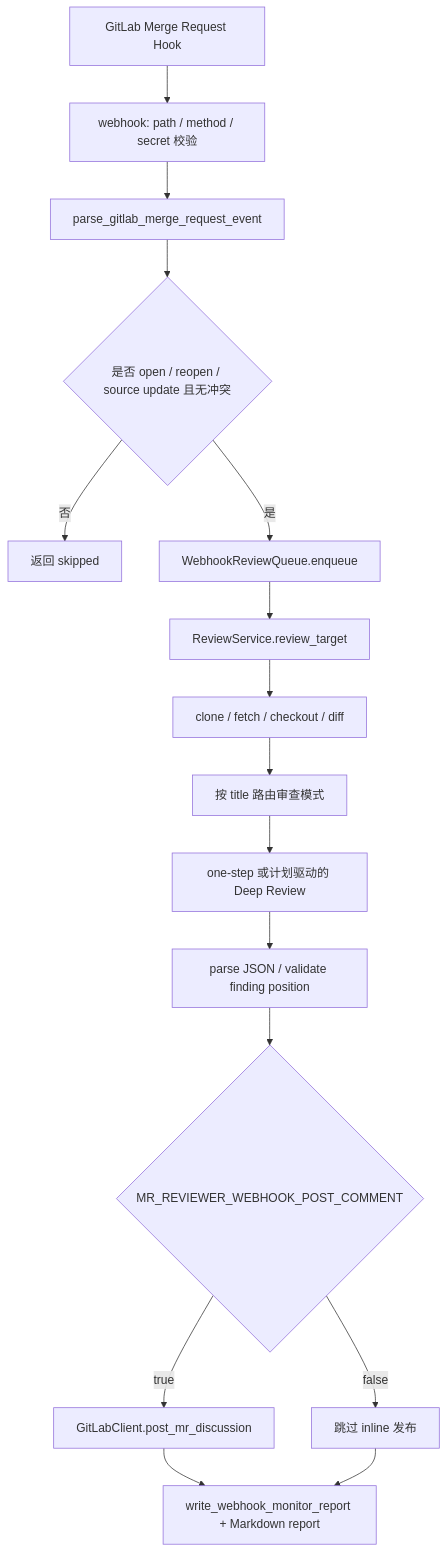
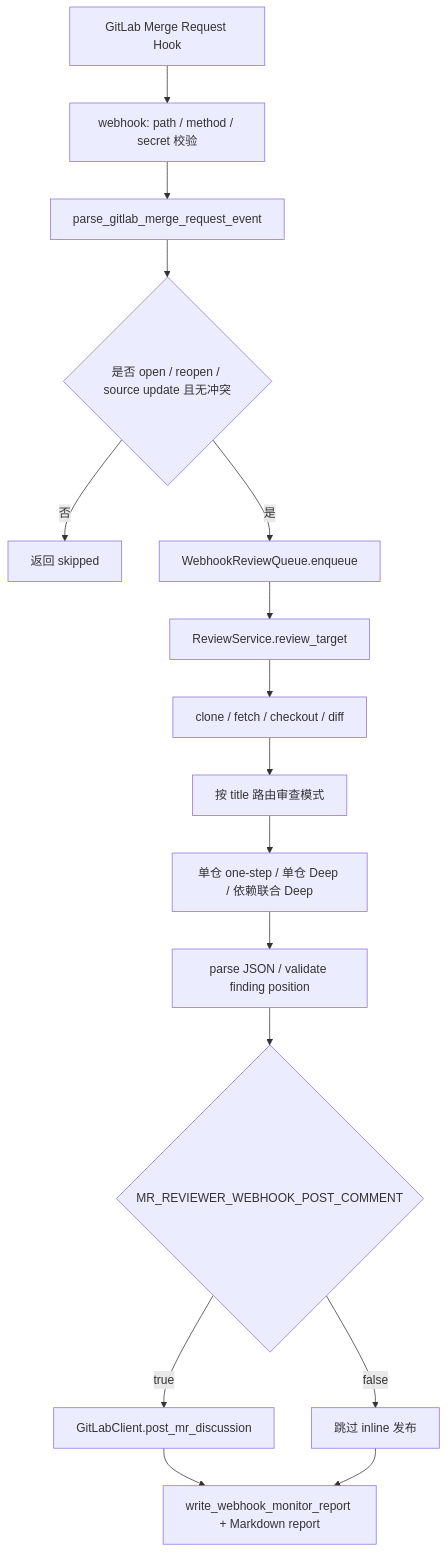
Before and after one commit to Faye-663/code-mr-reviewer: the third of 3 diagrams in docs/DESIGN.md, drawn with Mermaid. The commit also changed other lines of this file and 31 other files, not shown here.

First line of the commit message:
实现基于项目依赖映射的 Deep Review 联合检视 (#13)

````diff
--- a/docs/DESIGN.md
+++ b/docs/DESIGN.md
@@ -82,18 +97,18 @@
 ```mermaid
 flowchart TD
     A["GitLab Merge Request Hook"] --> B["webhook: path / method / secret 校验"]
     B --> C["parse_gitlab_merge_request_event"]
     C --> D{"是否 open / reopen / source update 且无冲突"}
     D -- "否" --> E["返回 skipped"]
     D -- "是" --> F["WebhookReviewQueue.enqueue"]
     F --> G["ReviewService.review_target"]
     G --> H["clone / fetch / checkout / diff"]
     H --> I["按 title 路由审查模式"]
-    I --> I2["one-step 或计划驱动的 Deep Review"]
+    I --> I2["单仓 one-step / 单仓 Deep / 依赖联合 Deep"]
     I2 --> J["parse JSON / validate finding position"]
     J --> K{"MR_REVIEWER_WEBHOOK_POST_COMMENT"}
     K -- "true" --> L["GitLabClient.post_mr_discussion"]
     K -- "false" --> M["跳过 inline 发布"]
     L --> N["write_webhook_monitor_report + Markdown report"]
     M --> N
 ```
````
